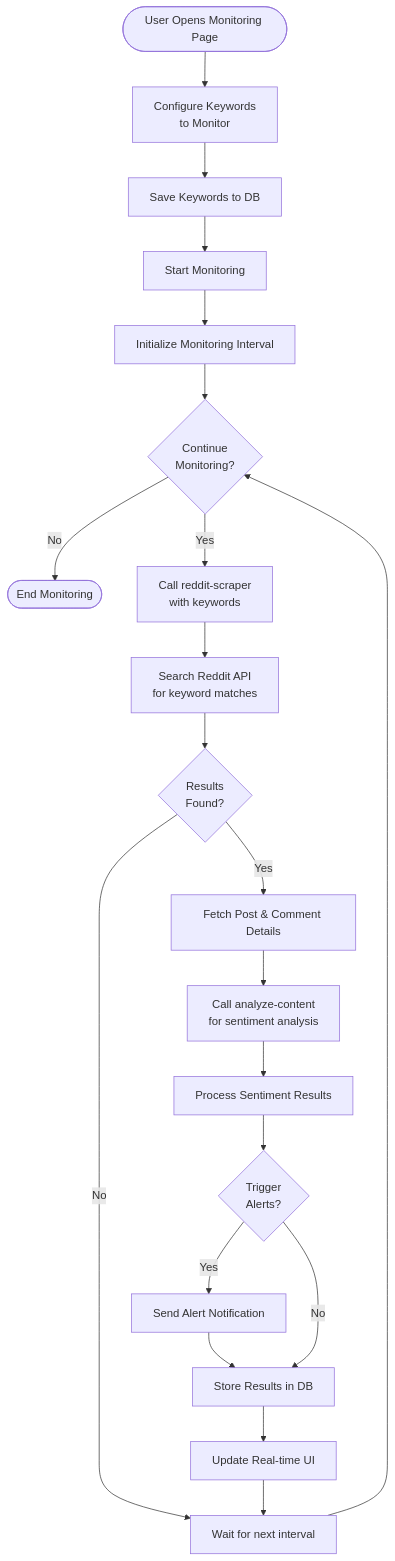
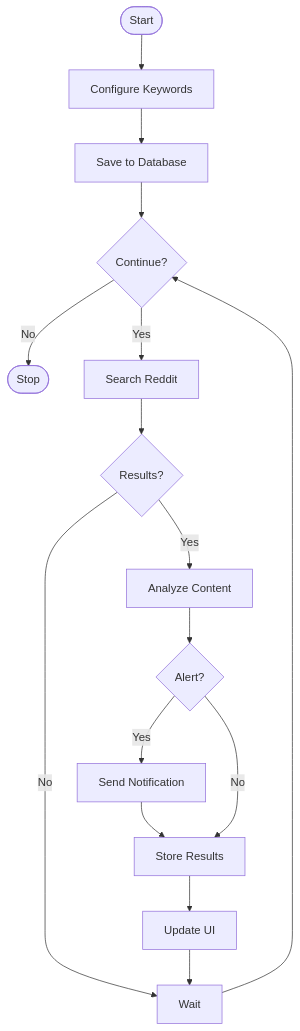
Before and after one commit to Andy-Alferdo/reddit-sleuth-forensics-web: the second of 4 diagrams in diagrams/activity-diagram.md, drawn with Mermaid. The commit also changed other lines of this file and 3 other files, not shown here.

Commit message:
Fix diagram code

````diff
--- a/diagrams/activity-diagram.md
+++ b/diagrams/activity-diagram.md
@@ -48,33 +27,21 @@
 ```mermaid
 flowchart TD
-    Start([User Opens Monitoring Page])
+    Start([Start]) --> Config[Configure Keywords]
+    Config --> Save[Save to Database]
+    Save --> Monitor{Continue?}
     
-    Start --> ConfigKeywords[Configure Keywords<br/>to Monitor]
-    ConfigKeywords --> SaveKeywords[Save Keywords to DB]
-    SaveKeywords --> StartMonitoring[Start Monitoring]
+    Monitor -->|No| Stop([Stop])
+    Monitor -->|Yes| Search[Search Reddit]
     
-    StartMonitoring --> InitInterval[Initialize Monitoring Interval]
+    Search --> Found{Results?}
+    Found -->|No| Wait[Wait]
+    Wait --> Monitor
     
-    InitInterval --> Loop{Continue<br/>Monitoring?}
-    Loop -->|No| StopMonitoring([End Monitoring])
-    
-    Loop -->|Yes| CallScraper[Call reddit-scraper<br/>with keywords]
-    CallScraper --> SearchReddit[Search Reddit API<br/>for keyword matches]
-    
-    SearchReddit --> CheckResults{Results<br/>Found?}
-    CheckResults -->|No| Wait[Wait for next interval]
-    Wait --> Loop
-    
-    CheckResults -->|Yes| FetchDetails[Fetch Post & Comment Details]
-    FetchDetails --> CallAnalyze[Call analyze-content<br/>for sentiment analysis]
-    
-    CallAnalyze --> ProcessSentiment[Process Sentiment Results]
-    ProcessSentiment --> CheckAlerts{Trigger<br/>Alerts?}
-    
-    CheckAlerts -->|Yes| SendAlert[Send Alert Notification]
-    SendAlert --> StoreResults
-    CheckAlerts -->|No| StoreResults[Store Results in DB]
-    
-    StoreResults --> UpdateUI[Update Real-time UI]
-    UpdateUI --> Wait
+    Found -->|Yes| Analyze[Analyze Content]
+    Analyze --> Alert{Alert?}
+    Alert -->|Yes| Notify[Send Notification]
+    Notify --> Store[Store Results]
+    Alert -->|No| Store
+    Store --> Update[Update UI]
+    Update --> Wait
 ```
````
